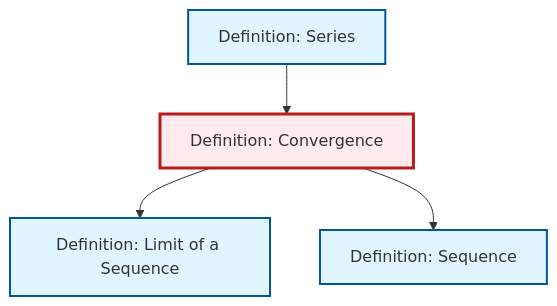
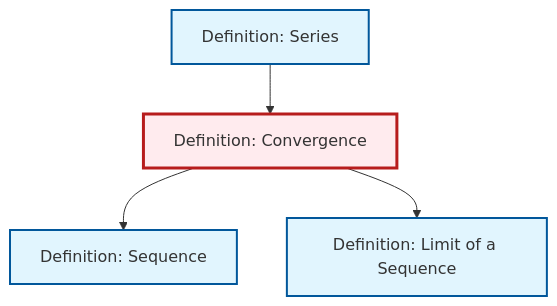
Before and after one commit to RK0429/ModernMath: the diagram in content/ja/analysis/def-convergence.qmd, drawn with Mermaid. The commit also changed other lines of this file and 491 other files, not shown here.

````diff
--- a/content/ja/analysis/def-convergence.qmd
+++ b/content/ja/analysis/def-convergence.qmd
@@ -77,20 +77,20 @@
 ```{mermaid}
 %%| fig-cap: "Local dependency graph"
 graph TD
     classDef definition fill:#e1f5fe,stroke:#01579b,stroke-width:2px
     classDef theorem fill:#f3e5f5,stroke:#4a148c,stroke-width:2px
     classDef axiom fill:#fff3e0,stroke:#e65100,stroke-width:2px
     classDef example fill:#e8f5e9,stroke:#1b5e20,stroke-width:2px
     classDef current fill:#ffebee,stroke:#b71c1c,stroke-width:3px
-    def-sequence["Definition: Sequence"]:::definition
     def-series["Definition: Series"]:::definition
     def-convergence["Definition: Convergence"]:::definition
     def-limit["Definition: Limit of a Sequence"]:::definition
+    def-sequence["Definition: Sequence"]:::definition
+    def-convergence --> def-sequence
     def-series --> def-convergence
     def-convergence --> def-limit
-    def-convergence --> def-sequence
     class def-convergence current
-    click def-sequence "def-sequence.html" "Definition: Sequenceへ"
     click def-series "def-series.html" "Definition: Seriesへ"
     click def-limit "def-limit.html" "Definition: Limit of a Sequenceへ"
+    click def-sequence "def-sequence.html" "Definition: Sequenceへ"
 ```
````
